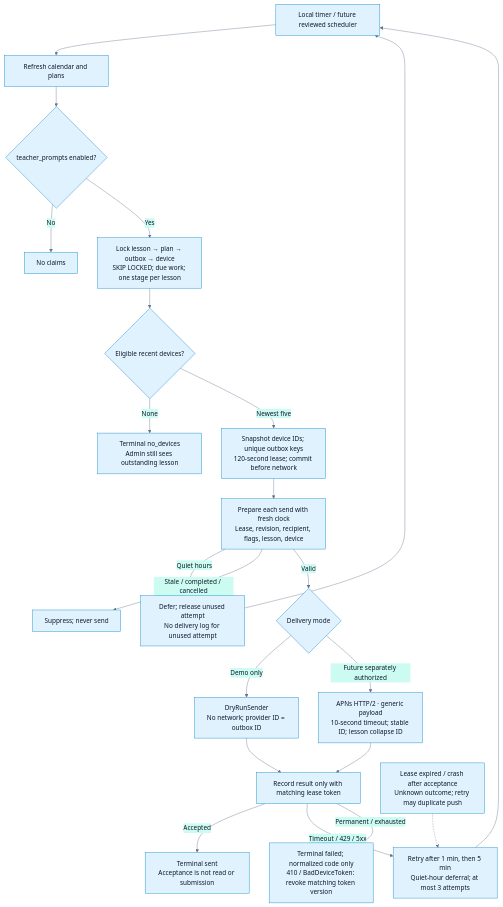
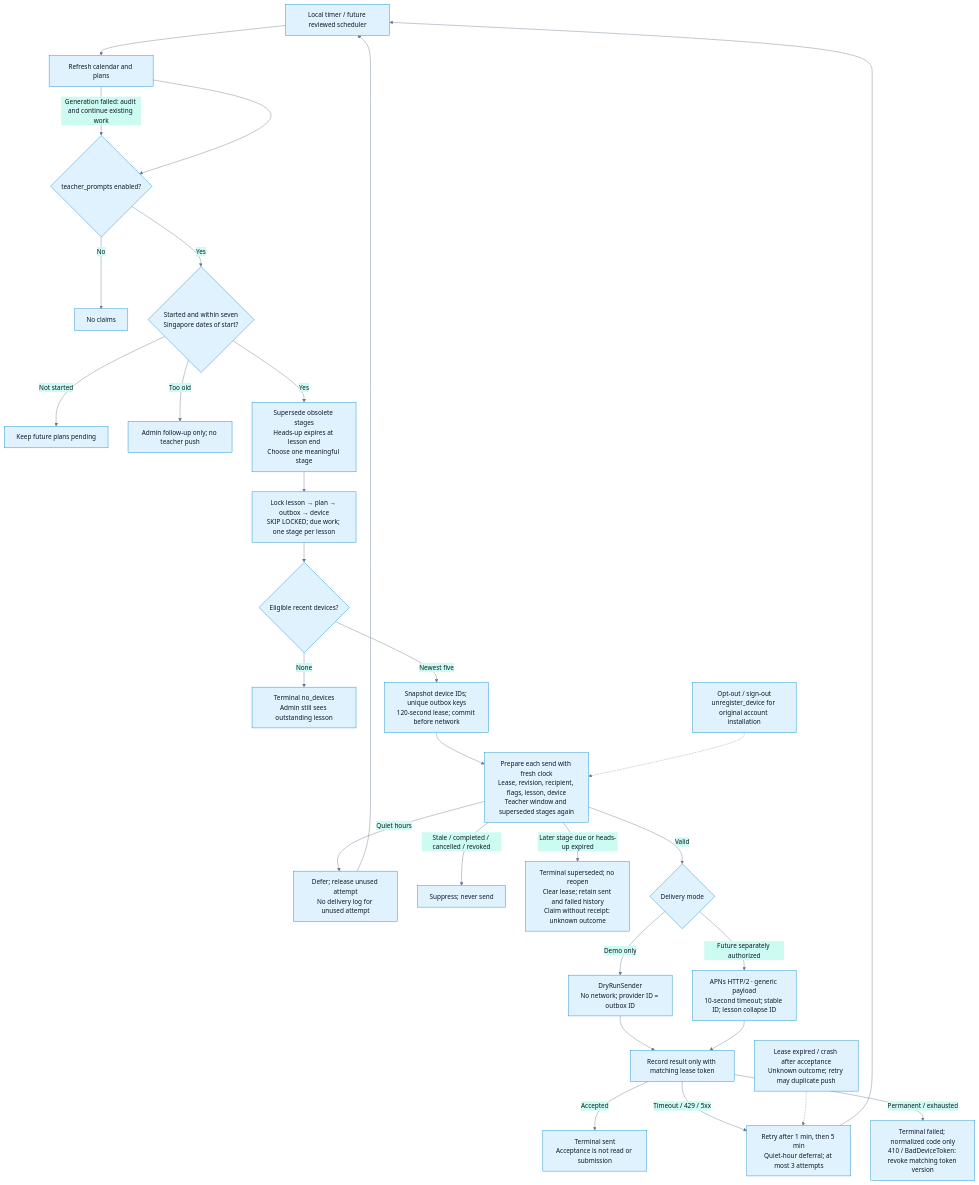
The diagram in docs/teacher-prompts/diagrams/dispatch.mmd (thegoodcompany-sst/TAVAttendance), drawn with Mermaid before and after one commit. The commit also changed 77 other files, not shown here.

Commit message:
Teacher prompts: fix review findings (ACL hardening, calendar edge cases, coalesced recovery, 3-tap all-present submit, device unregister, preview guard), refresh docs/diagrams/strings, natural demo timing

```diff
--- a/docs/teacher-prompts/diagrams/dispatch.mmd
+++ b/docs/teacher-prompts/diagrams/dispatch.mmd
@@ -1,23 +1,30 @@
 %%{init: {"theme":"base","themeVariables":{"primaryColor":"#e0f2fe","primaryTextColor":"#0f172a","primaryBorderColor":"#0284c7","lineColor":"#64748b","secondaryColor":"#ccfbf1","tertiaryColor":"#ede9fe","noteBkgColor":"#ede9fe","noteBorderColor":"#64748b","noteTextColor":"#0f172a","background":"#ffffff","fontFamily":"Arial","fontSize":"16px"}}}%%
 flowchart TD
     Tick["Local timer / future reviewed scheduler"] --> Refresh["Refresh calendar and plans"]
+    Refresh -->|Generation failed: audit and continue existing work| Flag
     Refresh --> Flag{"teacher_prompts enabled?"}
     Flag -->|No| Stop["No claims"]
-    Flag -->|Yes| Claim["Lock lesson → plan → outbox → device<br/>SKIP LOCKED; due work; one stage per lesson"]
+    Flag -->|Yes| Window{"Started and within seven<br/>Singapore dates of start?"}
+    Window -->|Not started| Wait["Keep future plans pending"]
+    Window -->|Too old| Admin["Admin follow-up only; no teacher push"]
+    Window -->|Yes| Coalesce["Supersede obsolete stages<br/>Heads-up expires at lesson end<br/>Choose one meaningful stage"]
+    Coalesce --> Claim["Lock lesson → plan → outbox → device<br/>SKIP LOCKED; due work; one stage per lesson"]
     Claim --> Devices{"Eligible recent devices?"}
     Devices -->|None| Missing["Terminal no_devices<br/>Admin still sees outstanding lesson"]
     Devices -->|Newest five| Lease["Snapshot device IDs; unique outbox keys<br/>120-second lease; commit before network"]
-    Lease --> Prepare["Prepare each send with fresh clock<br/>Lease, revision, recipient, flags, lesson, device"]
+    Lease --> Prepare["Prepare each send with fresh clock<br/>Lease, revision, recipient, flags, lesson, device<br/>Teacher window and superseded stages again"]
     Prepare -->|Quiet hours| Quiet["Defer; release unused attempt<br/>No delivery log for unused attempt"]
     Quiet --> Tick
-    Prepare -->|Stale / completed / cancelled| Suppress["Suppress; never send"]
+    Prepare -->|Stale / completed / cancelled / revoked| Suppress["Suppress; never send"]
+    Prepare -->|Later stage due or heads-up expired| Superseded["Terminal superseded; no reopen<br/>Clear lease; retain sent and failed history<br/>Claim without receipt: unknown outcome"]
     Prepare -->|Valid| Mode{"Delivery mode"}
     Mode -->|Demo only| Dry["DryRunSender<br/>No network; provider ID = outbox ID"]
     Mode -->|Future separately authorized| APNs["APNs HTTP/2 · generic payload<br/>10-second timeout; stable ID; lesson collapse ID"]
     Dry --> Ack["Record result only with matching lease token"]
     APNs --> Ack
     Ack -->|Accepted| Sent["Terminal sent<br/>Acceptance is not read or submission"]
     Ack -->|Timeout / 429 / 5xx| Retry["Retry after 1 min, then 5 min<br/>Quiet-hour deferral; at most 3 attempts"]
     Retry --> Tick
     Ack -->|Permanent / exhausted| Failed["Terminal failed; normalized code only<br/>410 / BadDeviceToken: revoke matching token version"]
     Crash["Lease expired / crash after acceptance<br/>Unknown outcome; retry may duplicate push"] -.-> Retry
+    OptOut["Opt-out / sign-out<br/>unregister_device for original account installation"] -.-> Prepare
```
